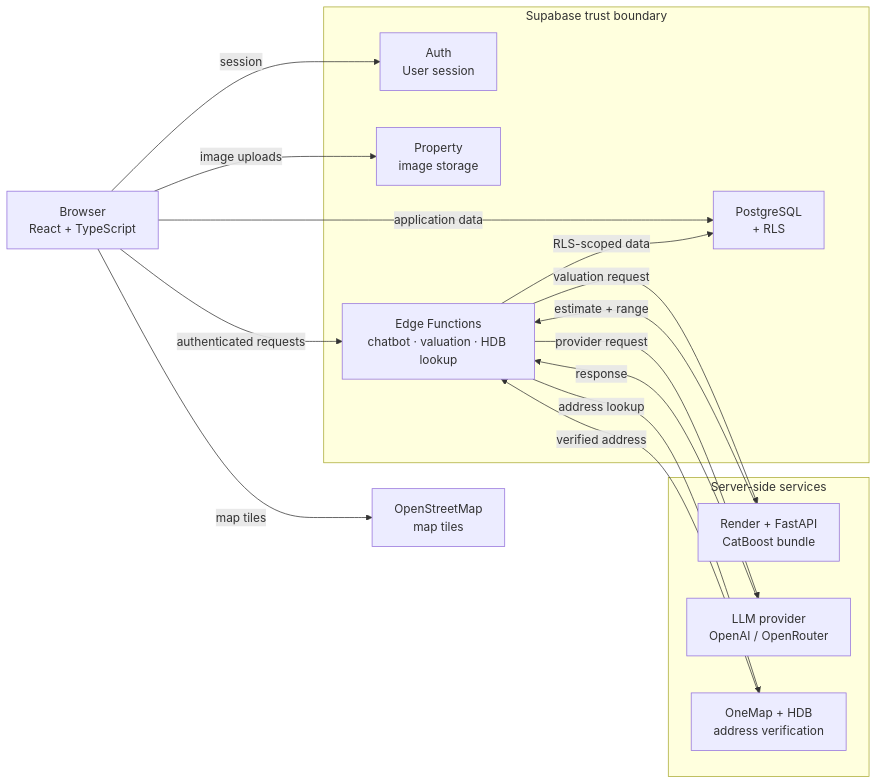
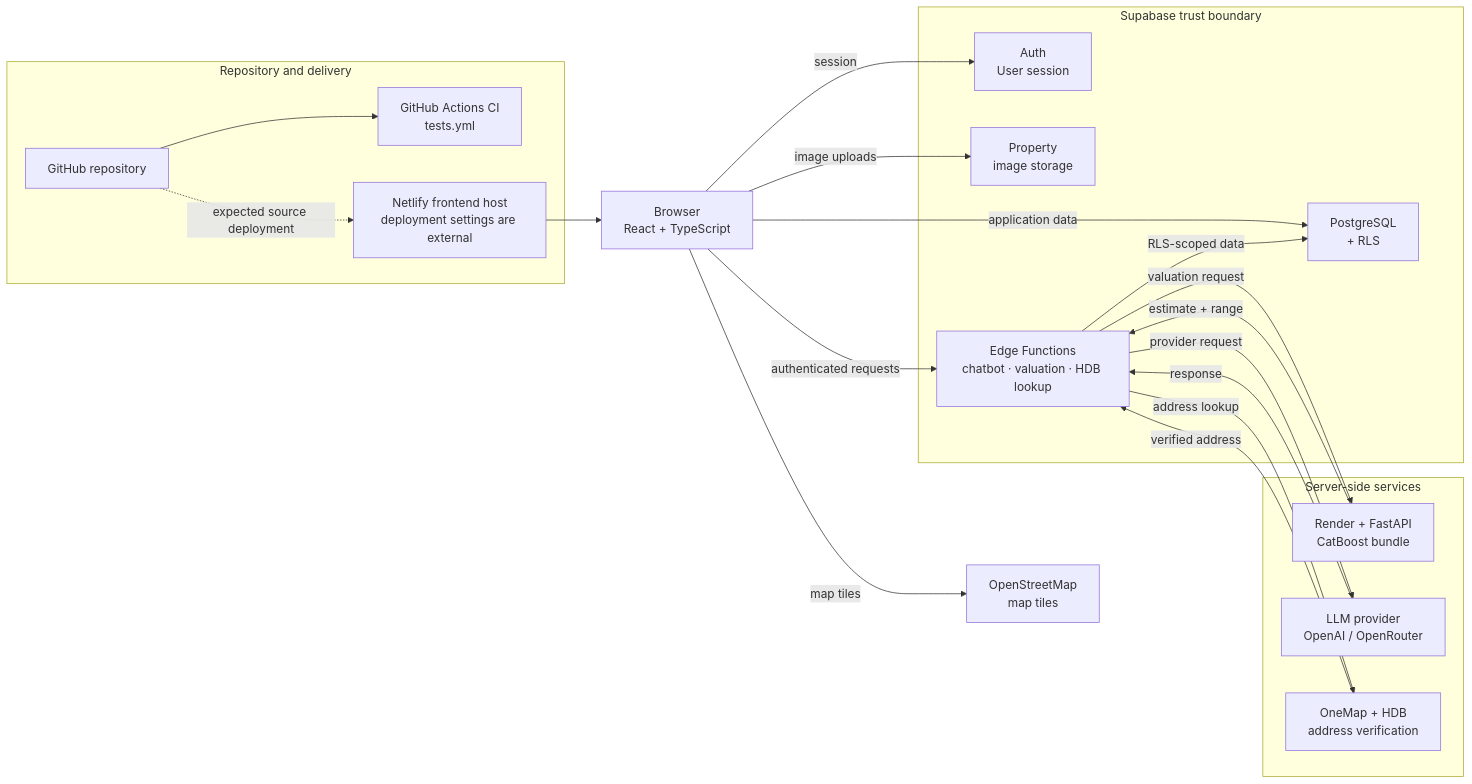
One commit to Nitecry7/SC3040-Software-Engineering-Project changed the diagram in README.md. Above: the diagram before and after it, drawn with Mermaid. The commit also changed other lines of this file and 9 other files, not shown here.

````diff
--- a/README.md
+++ b/README.md
@@ -64,35 +73,44 @@
 ```mermaid
 flowchart LR
+    subgraph Delivery["Repository and delivery"]
+        Repo["GitHub repository"]
+        CI["GitHub Actions CI<br/>tests.yml"]
+        Netlify["Netlify frontend host<br/>deployment settings are external"]
+        Repo --> CI
+        Repo -.->|"expected source deployment"| Netlify
+    end
+
     Browser["Browser<br/>React + TypeScript"]
 
     subgraph Supabase["Supabase trust boundary"]
         Auth["Auth<br/>User session"]
         Data["PostgreSQL<br/>+ RLS"]
         Storage["Property<br/>image storage"]
         Functions["Edge Functions<br/>chatbot · valuation · HDB lookup"]
     end
 
     subgraph Services["Server-side services"]
         Render["Render + FastAPI<br/>CatBoost bundle"]
         Provider["LLM provider<br/>OpenAI / OpenRouter"]
         Address["OneMap + HDB<br/>address verification"]
     end
 
     Tiles["OpenStreetMap<br/>map tiles"]
 
+    Netlify --> Browser
     Browser -->|"session"| Auth
     Browser -->|"application data"| Data
     Browser -->|"authenticated requests"| Functions
     Browser -->|"image uploads"| Storage
     Browser -->|"map tiles"| Tiles
 
     Functions -->|"RLS-scoped data"| Data
     Functions -->|"valuation request"| Render
     Render -->|"estimate + range"| Functions
 
     Functions -->|"provider request"| Provider
     Provider -->|"response"| Functions
 
     Functions -->|"address lookup"| Address
     Address -->|"verified address"| Functions
 ```
````
